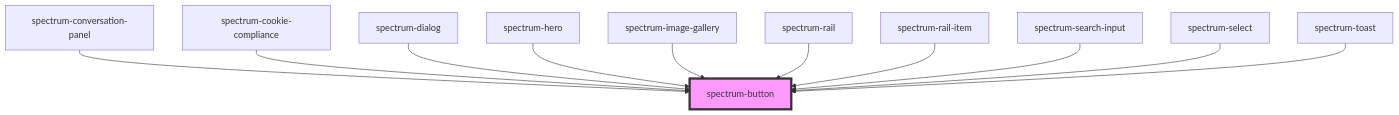
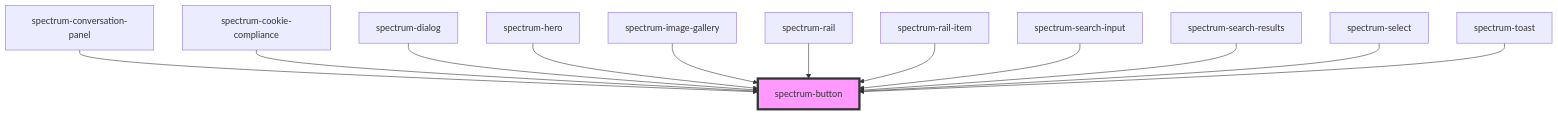
The diagram in packages/core/src/components/spectrum-button/readme.md (emamirelar/spectrum), drawn with Mermaid before and after one commit. The commit also changed other lines of this file and 28 other files, not shown here.

````diff
--- a/packages/core/src/components/spectrum-button/readme.md
+++ b/packages/core/src/components/spectrum-button/readme.md
@@ -62,14 +63,15 @@
 ```mermaid
 graph TD;
   spectrum-conversation-panel --> spectrum-button
   spectrum-cookie-compliance --> spectrum-button
   spectrum-dialog --> spectrum-button
   spectrum-hero --> spectrum-button
   spectrum-image-gallery --> spectrum-button
   spectrum-rail --> spectrum-button
   spectrum-rail-item --> spectrum-button
   spectrum-search-input --> spectrum-button
+  spectrum-search-results --> spectrum-button
   spectrum-select --> spectrum-button
   spectrum-toast --> spectrum-button
   style spectrum-button fill:#f9f,stroke:#333,stroke-width:4px
 ```
````
